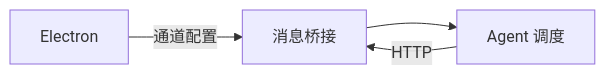
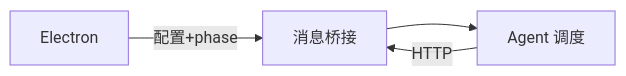
The third of 3 diagrams in knowledge/业务域/消息桥接/01-概览.md (lk-eternal/cursor-claw), drawn with Mermaid before and after one commit. The commit also changed other lines of this file and 21 other files, not shown here.

````diff
--- a/knowledge/业务域/消息桥接/01-概览.md
+++ b/knowledge/业务域/消息桥接/01-概览.md
@@ -76,6 +73,6 @@
 ```mermaid
 flowchart LR
   MB[消息桥接] --> AD[Agent 调度]
-  EP[Electron] -->|通道配置| MB
+  EP[Electron] -->|配置+phase| MB
   AD -->|HTTP| MB
 ```
````
